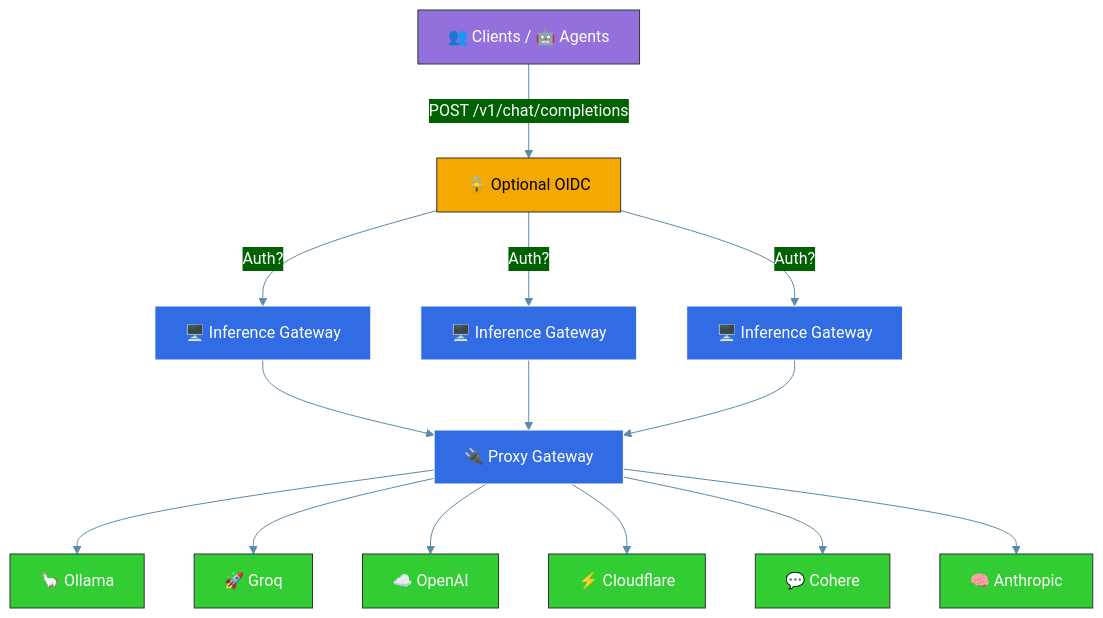
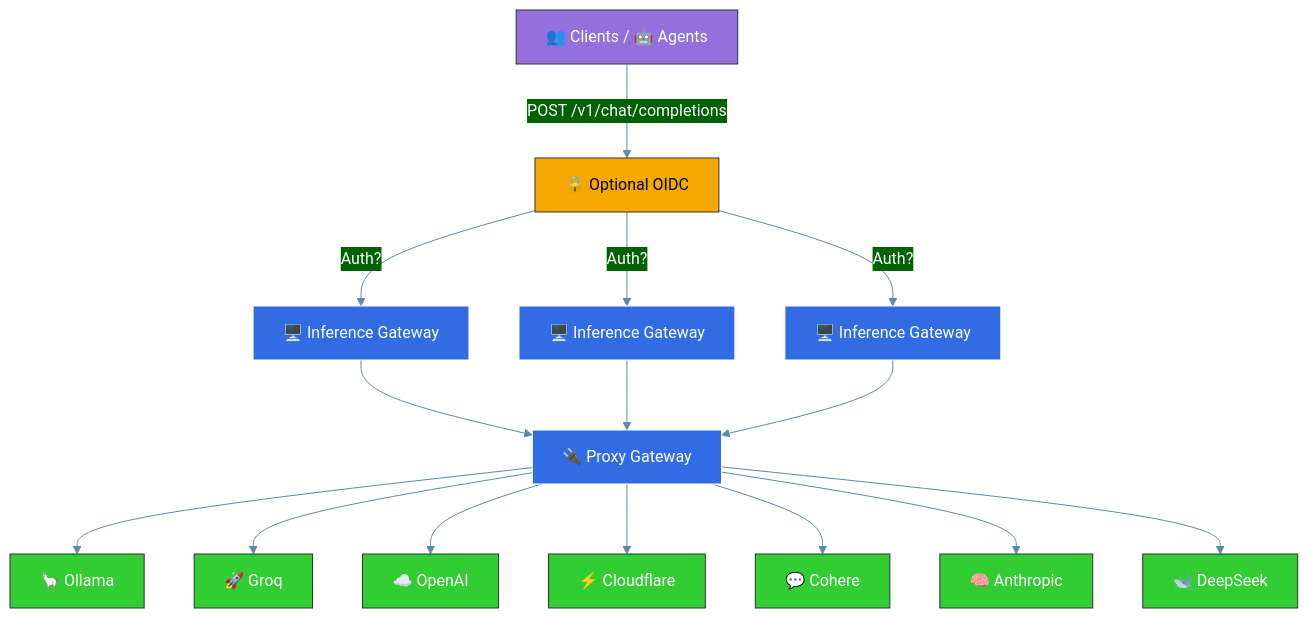
One commit to inference-gateway/docs changed the first of 2 diagrams in markdown/architecture-overview.mdx. Above: the diagram before and after it, drawn with Mermaid. The commit also changed other lines of this file and 4 other files, not shown here.

Commit message:
docs: Add DeepSeek as a supported LLM provider in documentation

````diff
--- a/markdown/architecture-overview.mdx
+++ b/markdown/architecture-overview.mdx
@@ -7,38 +7,39 @@
 ```mermaid
 %%{init: {'theme': 'base', 'themeVariables': { 'primaryColor': '#326CE5', 'primaryTextColor': '#fff', 'lineColor': '#5D8AA8', 'secondaryColor': '#006100' }, 'fontFamily': 'Arial', 'flowchart': {'nodeSpacing': 50, 'rankSpacing': 70, 'padding': 15}}}%%
 
 
 graph TD
     %% Client nodes
     A["👥 Clients / 🤖 Agents"] --> |POST /v1/chat/completions| Auth
     
     %% Auth node
     Auth["🔒 Optional OIDC"] --> |Auth?| IG1
     Auth --> |Auth?| IG2
     Auth --> |Auth?| IG3
     
     %% Gateway nodes
     IG1["🖥️ Inference Gateway"] --> P
     IG2["🖥️ Inference Gateway"] --> P
     IG3["🖥️ Inference Gateway"] --> P
     
     %% Proxy and providers
     P["🔌 Proxy Gateway"] --> C["🦙 Ollama"]
     P --> D["🚀 Groq"]
     P --> E["☁️ OpenAI"]
     P --> G["⚡ Cloudflare"]
     P --> H1["💬 Cohere"]
     P --> H2["🧠 Anthropic"]
+    P --> H3["🐋 DeepSeek"]
 
     %% Define styles
     classDef client fill:#9370DB,stroke:#333,stroke-width:1px,color:white;
     classDef auth fill:#F5A800,stroke:#333,stroke-width:1px,color:black;
     classDef gateway fill:#326CE5,stroke:#fff,stroke-width:1px,color:white;
     classDef provider fill:#32CD32,stroke:#333,stroke-width:1px,color:white;
     
     %% Apply styles
     class A client;
     class Auth auth;
     class IG1,IG2,IG3,P gateway;
-    class C,D,E,G,H1,H2 provider;
+    class C,D,E,G,H1,H2,H3 provider;
 ```
````
